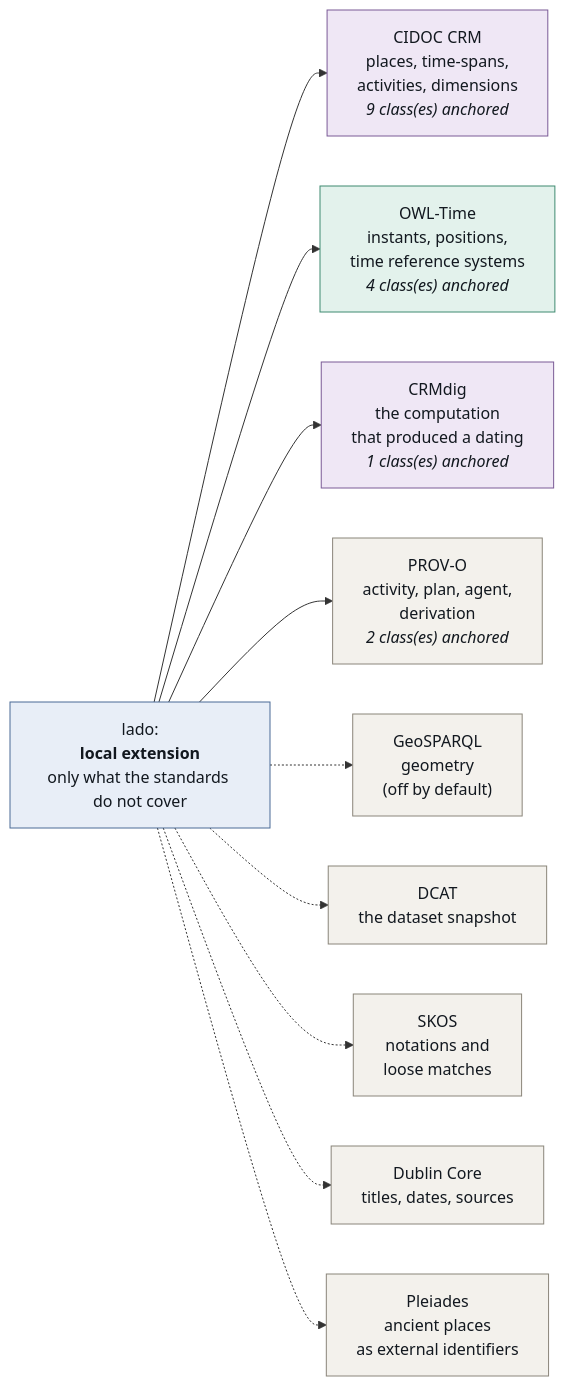
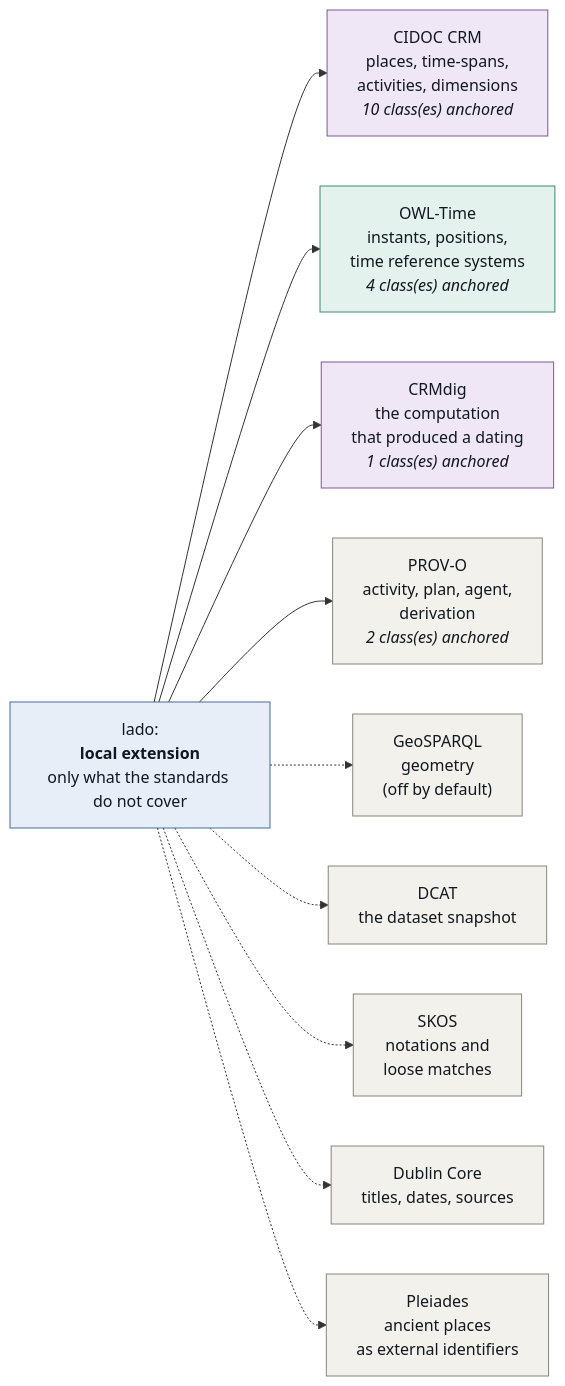
Before and after one commit to leiza-rse/IPSDatedSites: the first of 3 diagrams in docs/crosswalk.md, drawn with Mermaid. The commit also changed other lines of this file and 26 other files, not shown here.

````diff
--- a/docs/crosswalk.md
+++ b/docs/crosswalk.md
@@ -92,33 +93,33 @@
 ```mermaid
 flowchart LR
     LADO["lado:<br/><b>local extension</b><br/>only what the standards do not cover"]
-    crm["CIDOC CRM<br/>places, time-spans,<br/>activities, dimensions<br/><i>9 class(es) anchored</i>"]
+    crm["CIDOC CRM<br/>places, time-spans,<br/>activities, dimensions<br/><i>10 class(es) anchored</i>"]
     LADO --> crm
     time["OWL-Time<br/>instants, positions,<br/>time reference systems<br/><i>4 class(es) anchored</i>"]
     LADO --> time
     crmdig["CRMdig<br/>the computation<br/>that produced a dating<br/><i>1 class(es) anchored</i>"]
     LADO --> crmdig
     prov["PROV-O<br/>activity, plan, agent,<br/>derivation<br/><i>2 class(es) anchored</i>"]
     LADO --> prov
     geo["GeoSPARQL<br/>geometry<br/>(off by default)"]
     LADO -.-> geo
     dcat["DCAT<br/>the dataset snapshot"]
     LADO -.-> dcat
     skos["SKOS<br/>notations and<br/>loose matches"]
     LADO -.-> skos
     dcterms["Dublin Core<br/>titles, dates, sources"]
     LADO -.-> dcterms
     pleiades["Pleiades<br/>ancient places<br/>as external identifiers"]
     LADO -.-> pleiades
 
     class LADO local
     class crm,crmdig crm
     class time time
     class prov,geo,dcat,skos,dcterms,pleiades ext
 
     classDef local fill:#e8eef7,stroke:#4a6b96,stroke-width:1px,color:#12181f
     classDef crm fill:#efe7f5,stroke:#7a5a96,stroke-width:1px,color:#12181f
     classDef time fill:#e3f2ec,stroke:#3f8a70,stroke-width:1px,color:#12181f
     classDef ext fill:#f3f1ec,stroke:#8a857a,stroke-width:1px,color:#12181f
     classDef io fill:#faf3e3,stroke:#a8872e,stroke-width:1px,color:#12181f
 ```
````
